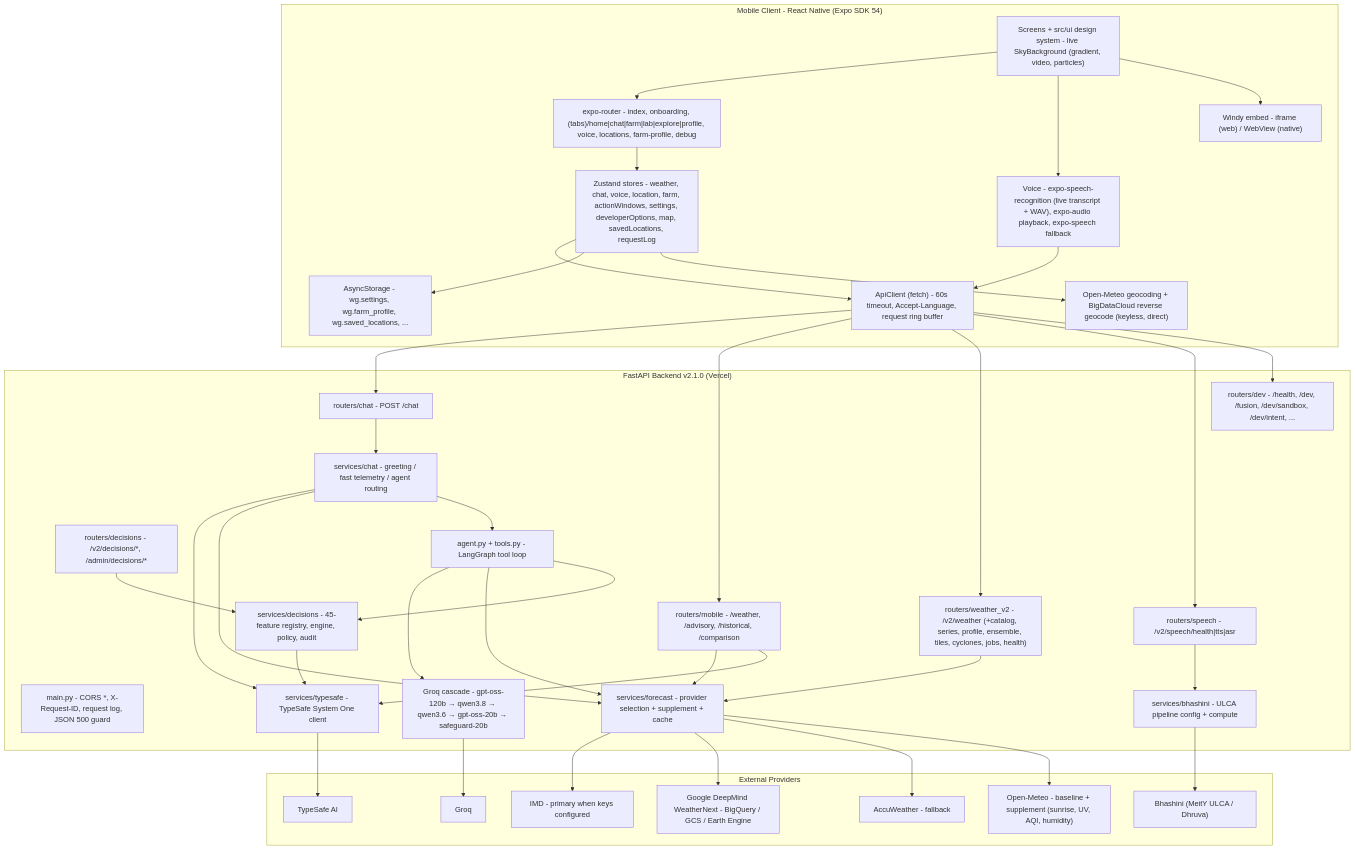
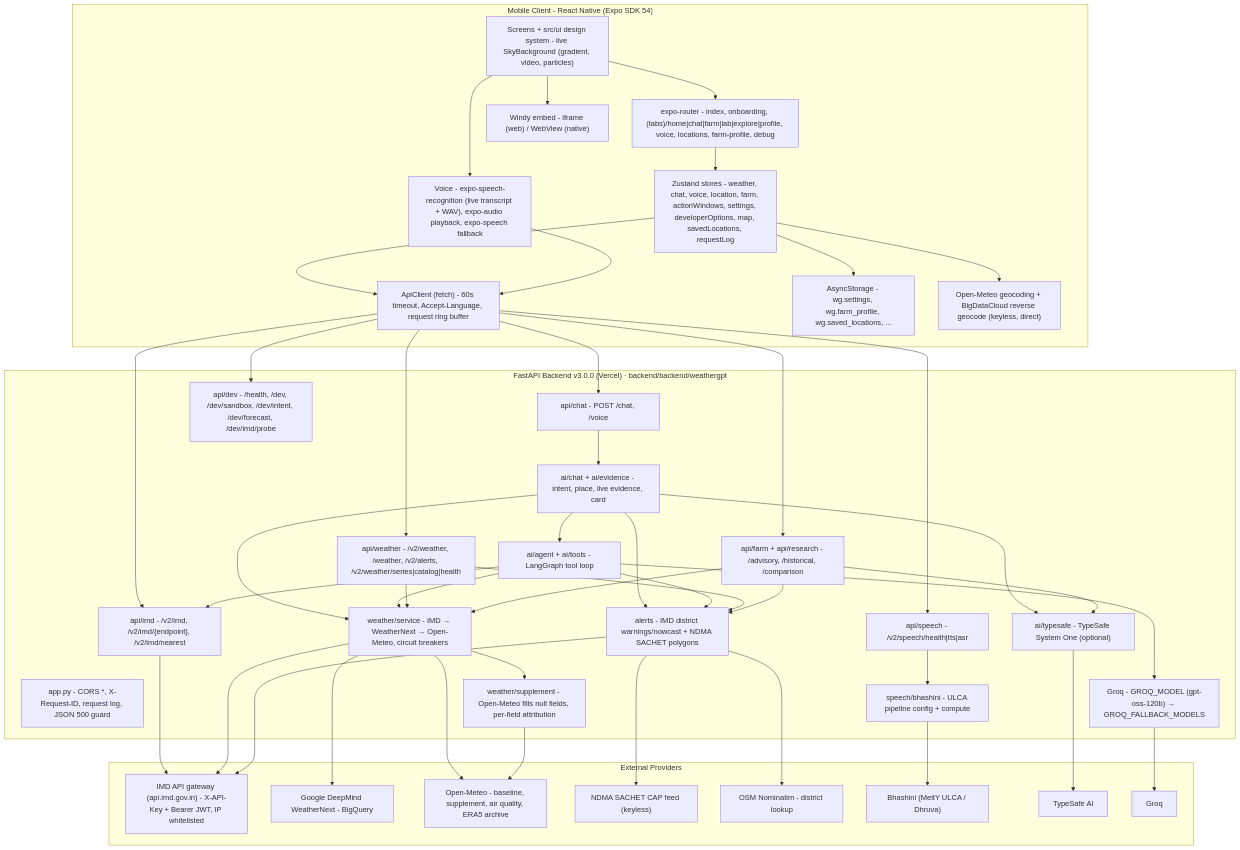
One commit to omsenjalia/weathergpt-app changed the first of 7 diagrams in ARCHITECTURE.md. Above: the diagram before and after it, drawn with Mermaid. The commit also changed other lines of this file and 26 other files, not shown here.

First line of the commit message:
Use the unified backend; show official IMD/NDMA warnings and IMD observations (#39)

````diff
--- a/ARCHITECTURE.md
+++ b/ARCHITECTURE.md
@@ -68,67 +68,68 @@
 ```mermaid
 graph TB
     subgraph "Mobile Client - React Native (Expo SDK 54)"
         UI["Screens + src/ui design system - live SkyBackground (gradient, video, particles)"]
         NAV["expo-router - index, onboarding, (tabs)/home|chat|farm|lab|explore|profile, voice, locations, farm-profile, debug"]
         STATE["Zustand stores - weather, chat, voice, location, farm, actionWindows, settings, developerOptions, map, savedLocations, requestLog"]
         CLIENT["ApiClient (fetch) - 60s timeout, Accept-Language, request ring buffer"]
         CACHE["AsyncStorage - wg.settings, wg.farm_profile, wg.saved_locations, ..."]
         VOICE["Voice - expo-speech-recognition (live transcript + WAV), expo-audio playback, expo-speech fallback"]
         GEO["Open-Meteo geocoding + BigDataCloud reverse geocode (keyless, direct)"]
         WEBVIEW["Windy embed - iframe (web) / WebView (native)"]
     end
 
-    subgraph "FastAPI Backend v2.1.0 (Vercel)"
-        API["main.py - CORS *, X-Request-ID, request log, JSON 500 guard"]
-        RCHAT["routers/chat - POST /chat"]
-        RMOB["routers/mobile - /weather, /advisory, /historical, /comparison"]
-        RV2["routers/weather_v2 - /v2/weather (+catalog, series, profile, ensemble, tiles, cyclones, jobs, health)"]
-        RSPEECH["routers/speech - /v2/speech/health|tts|asr"]
-        RDEC["routers/decisions - /v2/decisions/*, /admin/decisions/*"]
-        RDEV["routers/dev - /health, /dev, /fusion, /dev/sandbox, /dev/intent, ..."]
-        CHATSVC["services/chat - greeting / fast telemetry / agent routing"]
-        FORECAST["services/forecast - provider selection + supplement + cache"]
-        DEC["services/decisions - 45-feature registry, engine, policy, audit"]
-        JEV["services/typesafe - TypeSafe System One client"]
-        AGT["agent.py + tools.py - LangGraph tool loop"]
-        LLM["Groq cascade - gpt-oss-120b → qwen3.8 → qwen3.6 → gpt-oss-20b → safeguard-20b"]
-        BH["services/bhashini - ULCA pipeline config + compute"]
+    subgraph "FastAPI Backend v3.0.0 (Vercel) · backend/backend/weathergpt"
+        API["app.py - CORS *, X-Request-ID, request log, JSON 500 guard"]
+        RCHAT["api/chat - POST /chat, /voice"]
+        RWX["api/weather - /v2/weather, /weather, /v2/alerts, /v2/weather/series|catalog|health"]
+        RFARM["api/farm + api/research - /advisory, /historical, /comparison"]
+        RIMD["api/imd - /v2/imd, /v2/imd/{endpoint}, /v2/imd/nearest"]
+        RSPEECH["api/speech - /v2/speech/health|tts|asr"]
+        RDEV["api/dev - /health, /dev, /dev/sandbox, /dev/intent, /dev/forecast, /dev/imd/probe"]
+        CHAIN["weather/service - IMD → WeatherNext → Open-Meteo, circuit breakers"]
+        SUP["weather/supplement - Open-Meteo fills null fields, per-field attribution"]
+        ALERTS["alerts - IMD district warnings/nowcast + NDMA SACHET polygons"]
+        CHATSVC["ai/chat + ai/evidence - intent, place, live evidence, card"]
+        AGT["ai/agent + ai/tools - LangGraph tool loop"]
+        LLM["Groq - GROQ_MODEL (gpt-oss-120b) → GROQ_FALLBACK_MODELS"]
+        JEV["ai/typesafe - TypeSafe System One (optional)"]
+        BH["speech/bhashini - ULCA pipeline config + compute"]
     end
 
     subgraph "External Providers"
-        IMD["IMD - primary when keys configured"]
-        WN["Google DeepMind WeatherNext - BigQuery / GCS / Earth Engine"]
-        AW["AccuWeather - fallback"]
-        OM["Open-Meteo - baseline + supplement (sunrise, UV, AQI, humidity)"]
+        IMD["IMD API gateway (api.imd.gov.in) - X-API-Key + Bearer JWT, IP whitelisted"]
+        WN["Google DeepMind WeatherNext - BigQuery"]
+        OM["Open-Meteo - baseline, supplement, air quality, ERA5 archive"]
+        SACHET["NDMA SACHET CAP feed (keyless)"]
+        OSM["OSM Nominatim - district lookup"]
         BHX["Bhashini (MeitY ULCA / Dhruva)"]
         TS["TypeSafe AI"]
         GROQ["Groq"]
     end
 
     UI --> NAV --> STATE
     STATE --> CLIENT
     STATE --> CACHE
     STATE --> GEO
     UI --> VOICE
     UI --> WEBVIEW
     VOICE --> CLIENT
 
-    CLIENT --> RCHAT & RMOB & RV2 & RSPEECH & RDEV
+    CLIENT --> RCHAT & RWX & RFARM & RIMD & RSPEECH & RDEV
 
     RCHAT --> CHATSVC
-    CHATSVC --> JEV
-    CHATSVC --> FORECAST
+    CHATSVC --> JEV --> TS
+    CHATSVC --> CHAIN & ALERTS
     CHATSVC --> AGT
     AGT --> LLM --> GROQ
-    AGT --> FORECAST
-    AGT --> DEC
-    RMOB --> FORECAST
-    RMOB --> JEV
-    RV2 --> FORECAST
-    RDEC --> DEC
-    DEC --> JEV
-    JEV --> TS
+    AGT --> CHAIN & ALERTS & RIMD
+    RWX --> CHAIN --> SUP
+    RWX --> ALERTS
+    RFARM --> CHAIN & ALERTS & JEV
+    RIMD --> IMD
     RSPEECH --> BH --> BHX
 
-    FORECAST --> IMD & WN & AW & OM
+    CHAIN --> IMD & WN & OM
+    SUP --> OM
+    ALERTS --> IMD & SACHET & OSM
 ```
````
